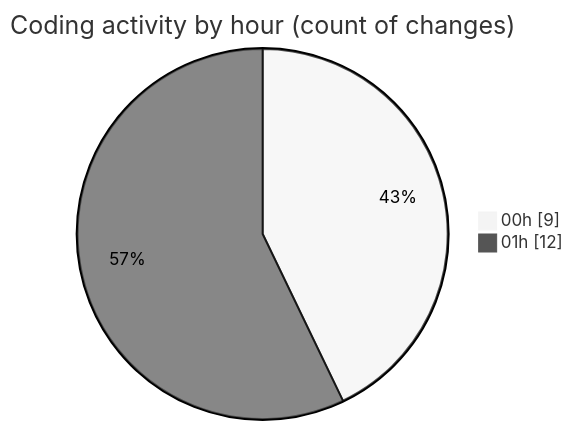
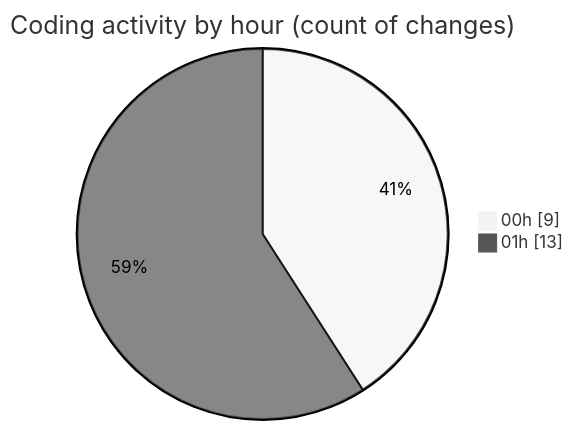
One commit to julien-gomy/code-tracking changed the second of 2 diagrams in 2025-11-18/eventscop-frontend-guide__workspace_/README.md. Above: the diagram before and after it, drawn with Mermaid (neutral theme). The commit also changed other lines of this file and 1 other file, not shown here.

````diff
--- a/2025-11-18/eventscop-frontend-guide__workspace_/README.md
+++ b/2025-11-18/eventscop-frontend-guide__workspace_/README.md
@@ -29,6 +30,6 @@
 ```mermaid
 pie showData
 title Coding activity by hour (count of changes)
 "00h" : 9
-"01h" : 12
+"01h" : 13
 ```
````
